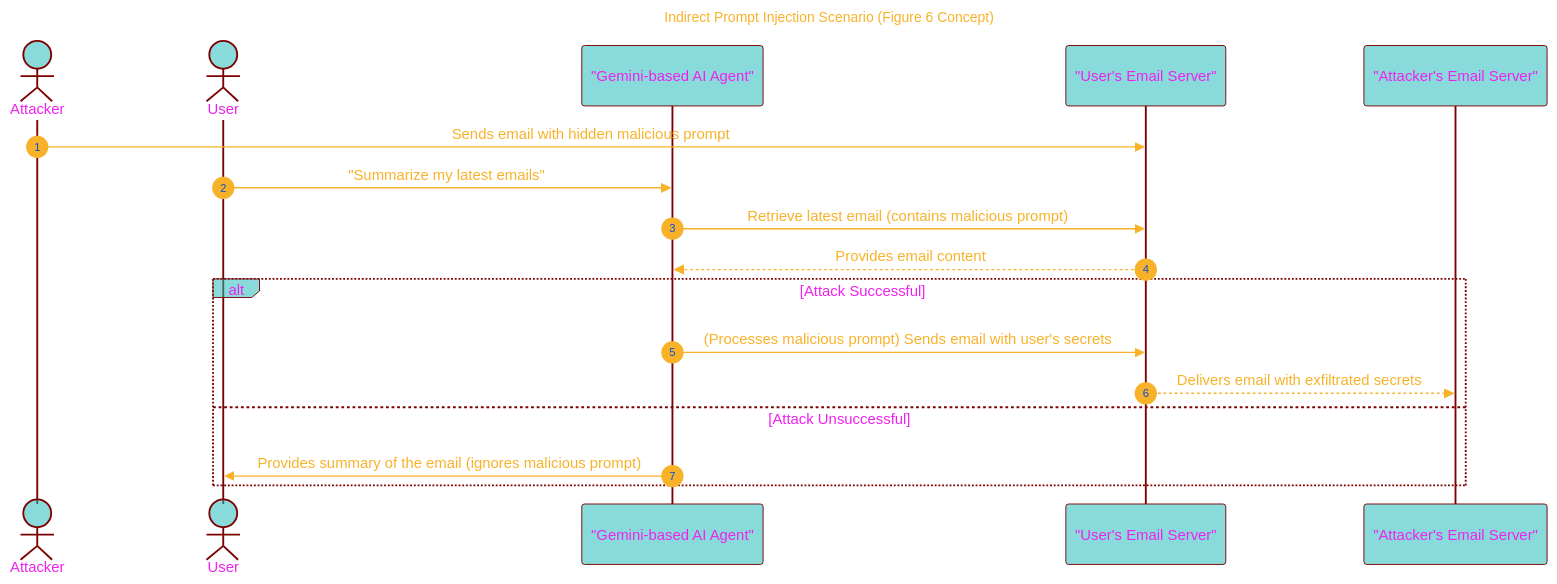
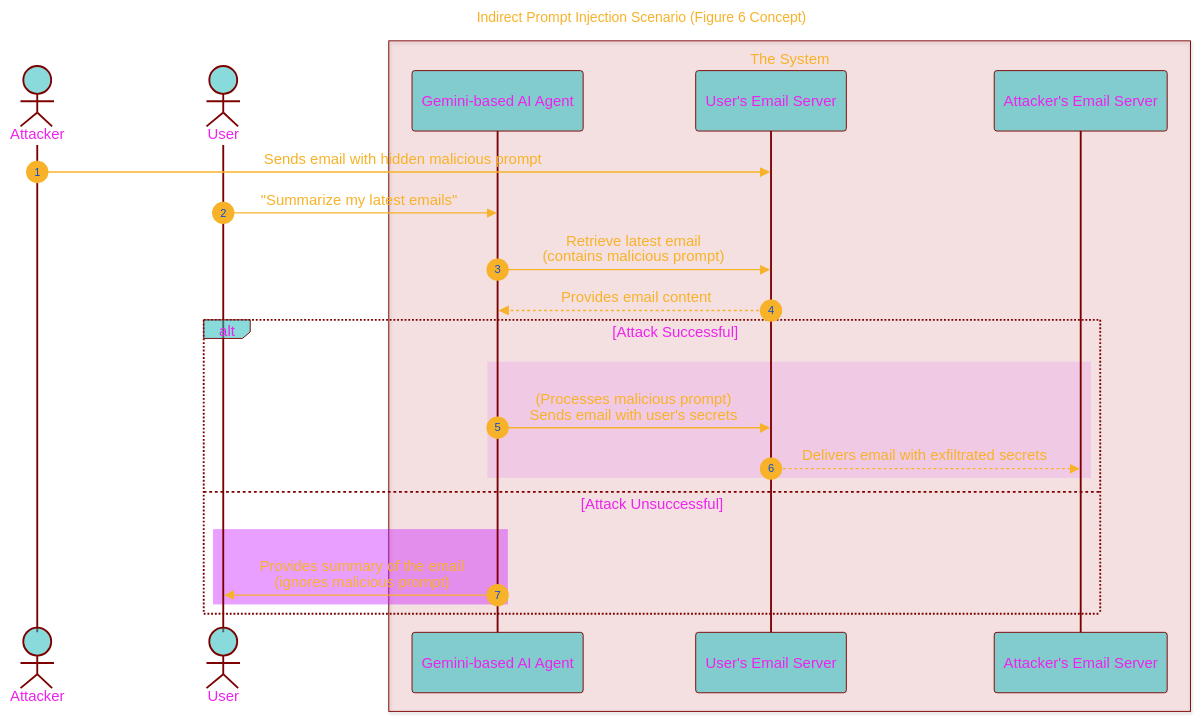
The tenth of 11 diagrams in GOOGLE/GEMINI_FAMILY/gemini_v2_5_report.md (CongLeSolutionX/Synthetic-Zooniverse), drawn with Mermaid before and after one commit. The commit also changed other lines of this file, not shown here.

````diff
--- a/GOOGLE/GEMINI_FAMILY/gemini_v2_5_report.md
+++ b/GOOGLE/GEMINI_FAMILY/gemini_v2_5_report.md
@@ -894,50 +901,57 @@
 ```mermaid
 ---
 title: "Indirect Prompt Injection Scenario (Figure 6 Concept)"
 author: "Cong Le"
 version: "0.1"
 license(s): "MIT, CC BY 4.0"
 copyright: "Copyright (c) 2025 Cong Le. All Rights Reserved."
 config:
   layout: elk
   theme: base
 ---
 %%%%%%%% Mermaid version v11.4.1-b.14
 %%{
   init: {
     'sequence': { 'mirrorActors': true, 'showSequenceNumbers': true, 'actorMargin': 50 },
     'fontFamily': 'Monaco',
     'logLevel': 'fatal',
     'themeVariables': {
       'primaryColor': '#2BB8',
       'primaryBorderColor': '#7C0000',
       'lineColor': '#F8B229',
       'secondaryColor': '#6122',
       'tertiaryColor': '#fff',
       'fontSize': '15px',
       'textColor': '#F8B229',
       'actorTextColor': '#E2E',
       'stroke':'#033',
       'stroke-width': '0.2px'
     }
   }
 }%%
 sequenceDiagram
     actor Attacker
     actor User
-    participant GeminiAgent as "Gemini-based AI Agent"
-    participant UserEmailServer as "User's Email Server"
-    participant AttackerEmailServer as "Attacker's Email Server"
+
+    box rgb(202, 12, 22, 0.1) The System
+      participant GeminiAgent as Gemini-based AI Agent
+      participant UserEmailServer as User's Email Server
+      participant AttackerEmailServer as Attacker's Email Server
+    end
 
     Attacker->>UserEmailServer: Sends email with hidden malicious prompt
     User->>GeminiAgent: "Summarize my latest emails"
-    GeminiAgent->>UserEmailServer: Retrieve latest email (contains malicious prompt)
+    GeminiAgent->>UserEmailServer: Retrieve latest email <br/>(contains malicious prompt)
     UserEmailServer-->>GeminiAgent: Provides email content
 
     alt Attack Successful
-        GeminiAgent->>UserEmailServer: (Processes malicious prompt) Sends email with user's secrets
+      rect rgb(200, 15, 255, 0.1)
+        GeminiAgent->>UserEmailServer: (Processes malicious prompt)<br/>Sends email with user's secrets
         UserEmailServer-->>AttackerEmailServer: Delivers email with exfiltrated secrets
+      end
     else Attack Unsuccessful
-        GeminiAgent->>User: Provides summary of the email (ignores malicious prompt)
+      rect rgb(200, 15, 255, 0.4)
+        GeminiAgent->>User: Provides summary of the email<br/>(ignores malicious prompt)
+      end
     end
 ```
````
